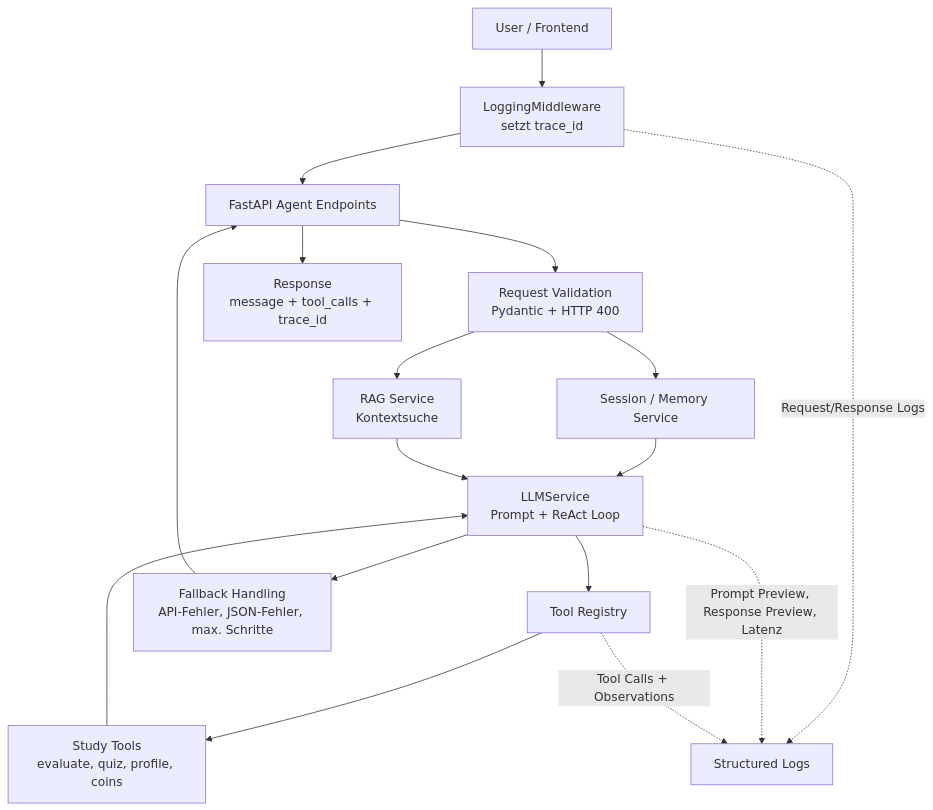
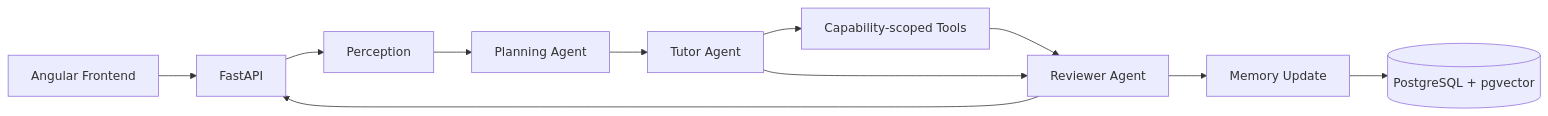
The diagram in README.md (Fridi286/StudyMummy), drawn with Mermaid before and after one commit. The commit also changed other lines of this file and 79 other files, not shown here.

````diff
--- a/README.md
+++ b/README.md
@@ -804,19 +20,13 @@
 ```mermaid
-flowchart TD
-    U["User / Frontend"] --> M["LoggingMiddleware<br/>setzt trace_id"]
-    M --> A["FastAPI Agent Endpoints"]
-    A --> V["Request Validation<br/>Pydantic + HTTP 400"]
-    V --> S["Session / Memory Service"]
-    V --> R["RAG Service<br/>Kontextsuche"]
-    S --> L["LLMService<br/>Prompt + ReAct Loop"]
-    R --> L
-    L --> T["Tool Registry"]
-    T --> ST["Study Tools<br/>evaluate, quiz, profile, coins"]
-    ST --> L
-    L --> F["Fallback Handling<br/>API-Fehler, JSON-Fehler, max. Schritte"]
-    F --> A
-    A --> O["Response<br/>message + tool_calls + trace_id"]
-    M -. "Request/Response Logs" .-> LOG["Structured Logs"]
-    L -. "Prompt Preview, Response Preview, Latenz" .-> LOG
-    T -. "Tool Calls + Observations" .-> LOG
+flowchart LR
+    UI["Angular Frontend"] --> API["FastAPI"]
+    API --> P["Perception"]
+    P --> PL["Planning Agent"]
+    PL --> T["Tutor Agent"]
+    T --> TOOLS["Capability-scoped Tools"]
+    TOOLS --> R["Reviewer Agent"]
+    T --> R
+    R --> M["Memory Update"]
+    M --> DB[("PostgreSQL + pgvector")]
+    R --> API
 ```
````
